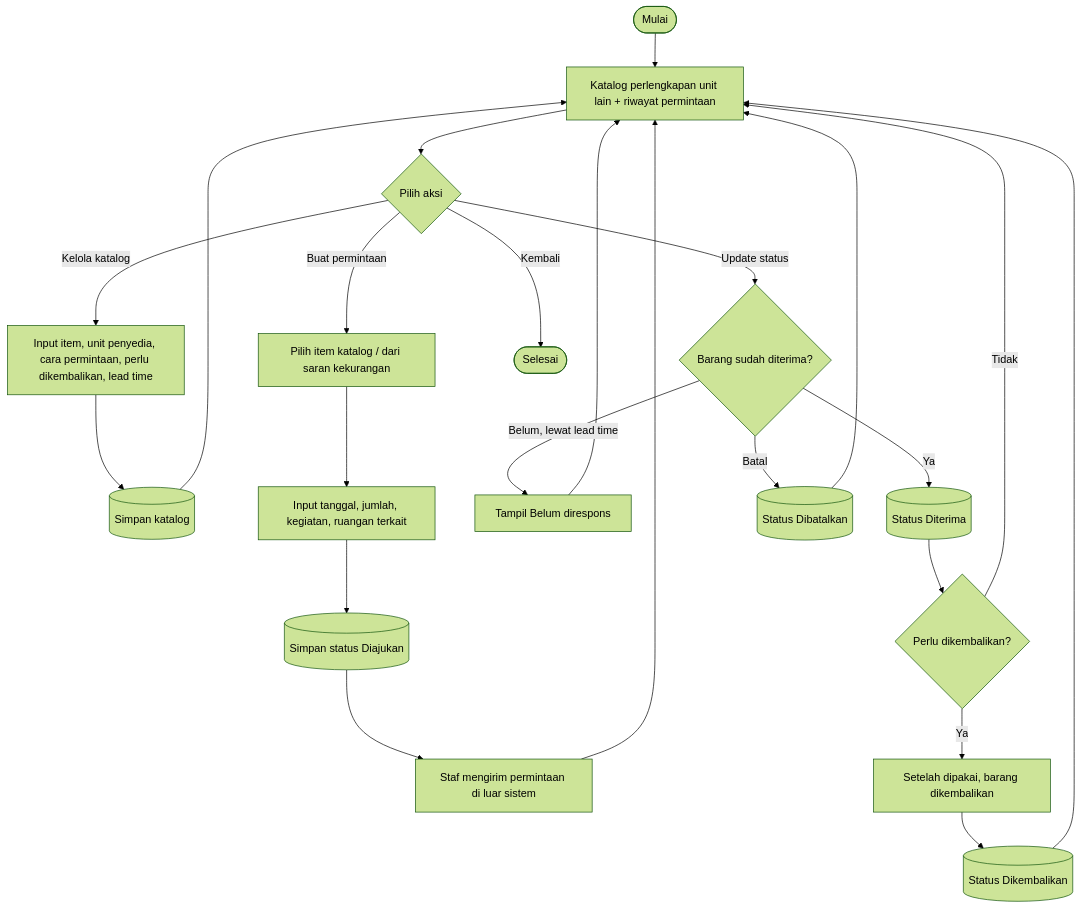
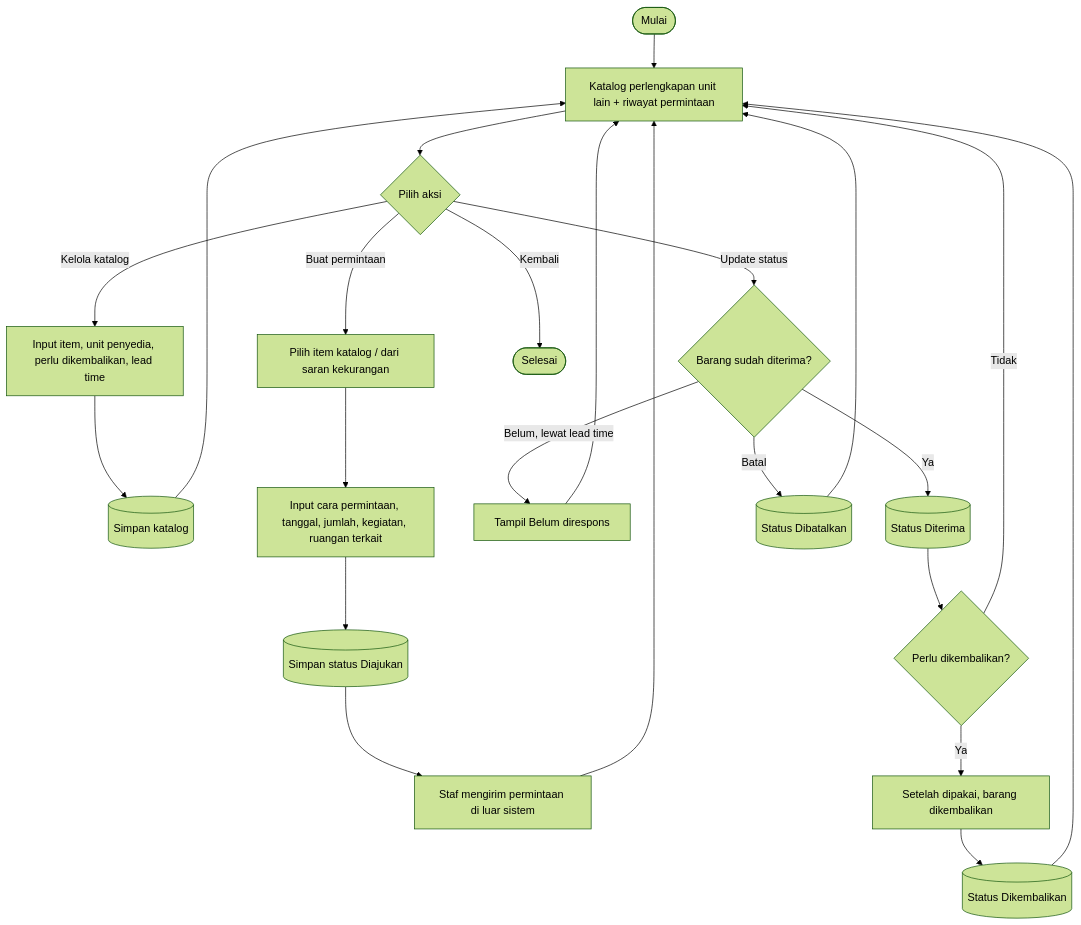
One commit to mrizqihidayat/system-tracking-asset changed the sixth of 7 diagrams in docs/flowchart.md. Above: the diagram before and after it, drawn with Mermaid (forest theme). The commit also changed other lines of this file and 74 other files, not shown here.

Commit message:
T26g-T26i: cara permintaan, katalog, standar ruangan per tipe, optimasi daftar aset

````diff
--- a/docs/flowchart.md
+++ b/docs/flowchart.md
@@ -188,21 +192,21 @@
 ```mermaid
 flowchart TD
     A([Mulai]) --> B[Katalog perlengkapan unit lain + riwayat permintaan]
     B --> C{Pilih aksi}
 
-    C -- Kelola katalog --> K1[Input item, unit penyedia, cara permintaan, perlu dikembalikan, lead time] --> K2[(Simpan katalog)] --> B
+    C -- Kelola katalog --> K1[Input item, unit penyedia, perlu dikembalikan, lead time] --> K2[(Simpan katalog)] --> B
 
     C -- Buat permintaan --> P1[Pilih item katalog / dari saran kekurangan]
-    P1 --> P2[Input tanggal, jumlah, kegiatan, ruangan terkait]
+    P1 --> P2[Input cara permintaan, tanggal, jumlah, kegiatan, ruangan terkait]
     P2 --> P3[(Simpan status Diajukan)]
     P3 --> P4[Staf mengirim permintaan di luar sistem] --> B
 
     C -- Update status --> U1{Barang sudah diterima?}
     U1 -- Belum, lewat lead time --> U2[Tampil Belum direspons] --> B
     U1 -- Ya --> U3[(Status Diterima)] --> U4{Perlu dikembalikan?}
     U4 -- Tidak --> B
     U4 -- Ya --> U5[Setelah dipakai, barang dikembalikan] --> U6[(Status Dikembalikan)] --> B
     U1 -- Batal --> U7[(Status Dibatalkan)] --> B
 
     C -- Kembali --> Z([Selesai])
 ```
````
